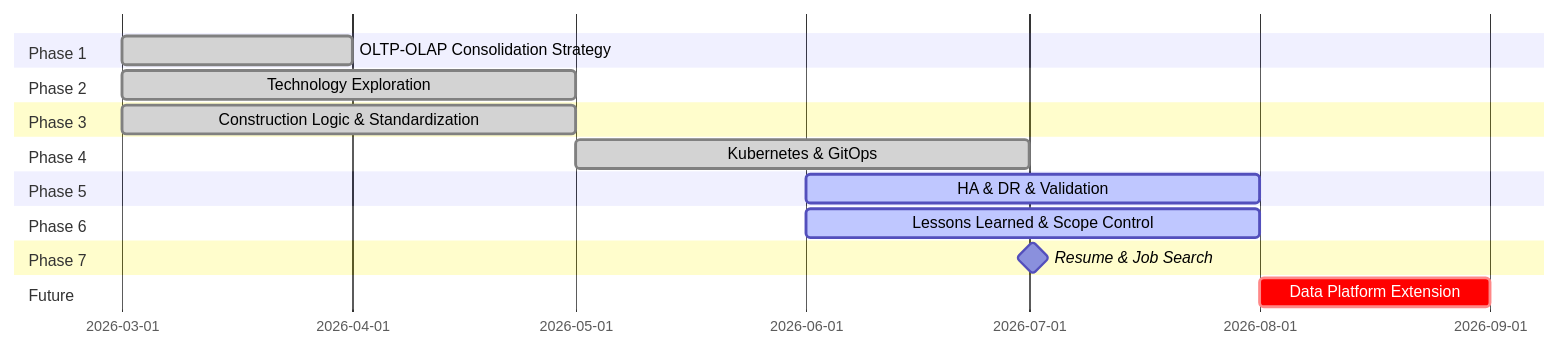
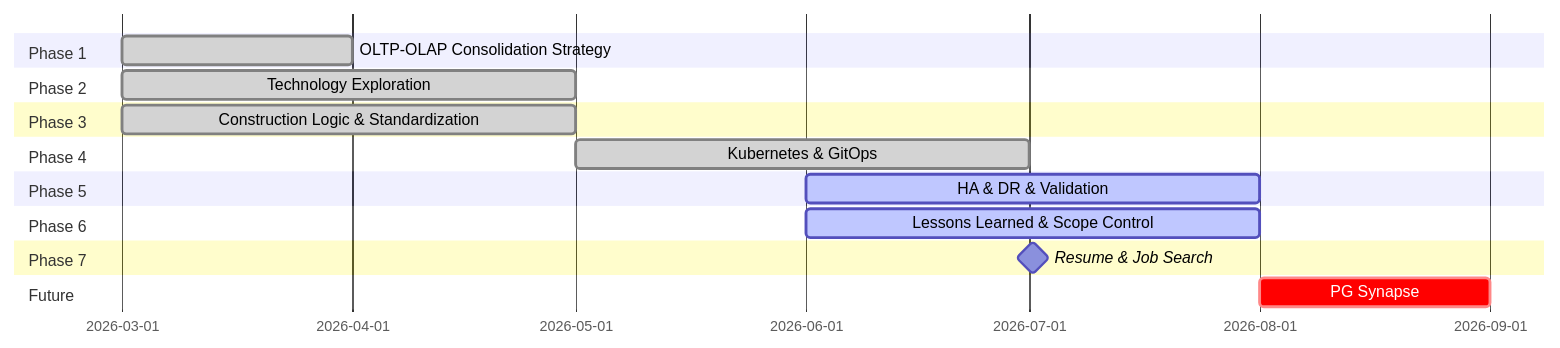
The diagram in README.md (Junwu0615/Platform-Genesis), drawn with Mermaid before and after one commit. The commit also changed other lines of this file and 1 other file, not shown here.

````diff
--- a/README.md
+++ b/README.md
@@ -13,28 +13,28 @@
 ```mermaid
 gantt
     dateFormat YYYY-MM
 
     section Phase 1
     OLTP-OLAP Consolidation Strategy            :done, a1, 2026-03, 1M
 
     section Phase 2
     Technology Exploration                      :done, a2, 2026-03, 2M
 
     section Phase 3
     Construction Logic & Standardization        :done, a3, 2026-03, 2M
 
     section Phase 4
     Kubernetes & GitOps                         :done, a4, 2026-05, 2M
 
     section Phase 5
     HA & DR & Validation                        :active, a5, 2026-06, 2M
 
     section Phase 6
     Lessons Learned & Scope Control             :active, a6, 2026-06, 2M
 
     section Phase 7
     Resume & Job Search                         :milestone, a7, 2026-07, 1d
 
     section Future
-    Data Platform Extension                                   :crit, a8, 2026-08, 1M
+    PG Synapse                                   :crit, a8, 2026-08, 1M
 ```
````
